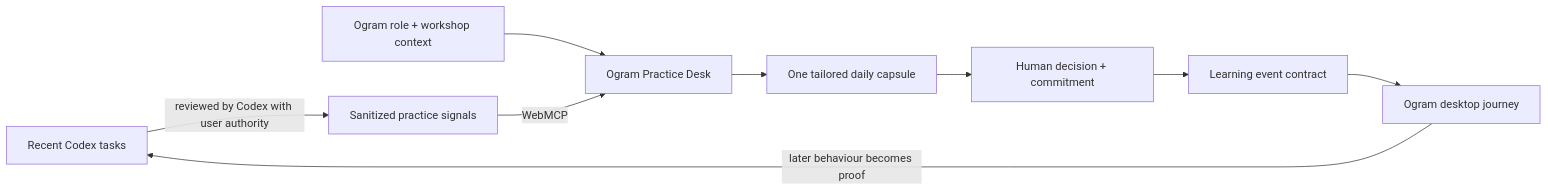
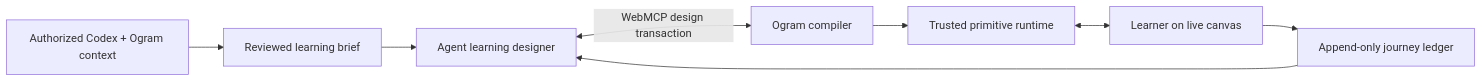
The diagram in README.md (self-tech-labs/agentic-textbook), drawn with Mermaid before and after one commit. The commit also changed other lines of this file and 41 other files, not shown here.

Commit message:
feat: build universal generative learning canvas

````diff
--- a/README.md
+++ b/README.md
@@ -11,11 +60,10 @@
 ```mermaid
 flowchart LR
-  A[Recent Codex tasks] -->|reviewed by Codex with user authority| B[Sanitized practice signals]
-  C[Ogram role + workshop context] --> D[Ogram Practice Desk]
-  B -->|WebMCP| D
-  D --> E[One tailored daily capsule]
-  E --> F[Human decision + commitment]
-  F --> G[Learning event contract]
-  G --> H[Ogram desktop journey]
-  H -->|later behaviour becomes proof| A
+  A[Authorized Codex + Ogram context] --> B[Reviewed learning brief]
+  B --> C[Agent learning designer]
+  C <-->|WebMCP design transaction| D[Ogram compiler]
+  D --> E[Trusted primitive runtime]
+  E <--> F[Learner on live canvas]
+  F --> G[Append-only journey ledger]
+  G --> C
 ```
````
